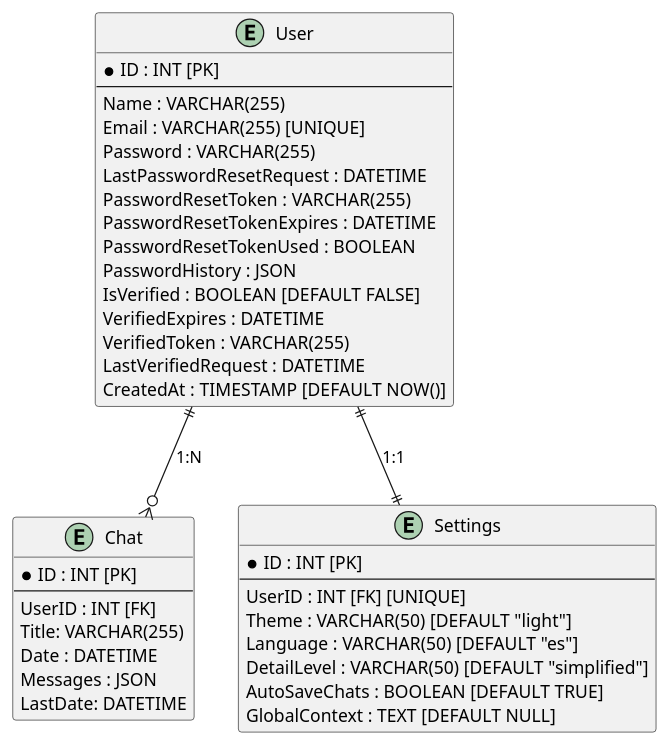
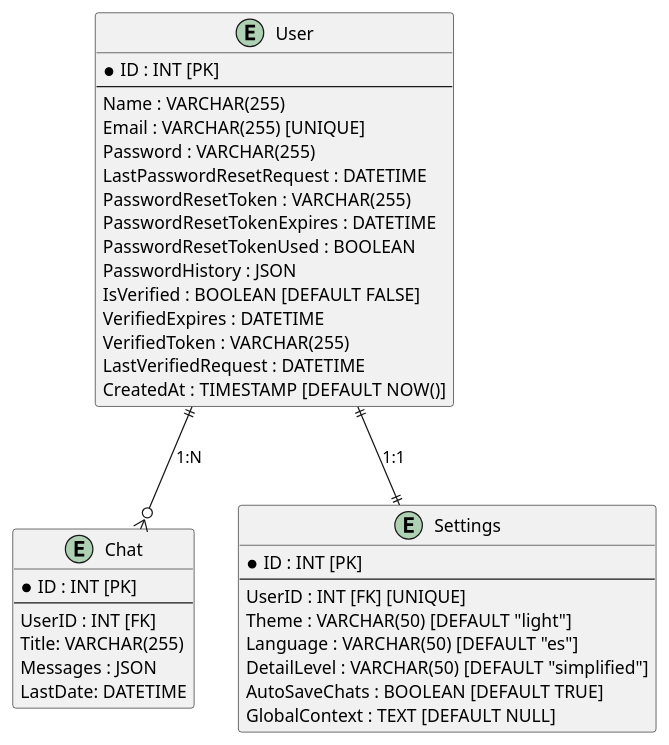
The diagram in relationship_model/relationship_diagram.puml (josepablo98/techie), drawn with PlantUML before and after one commit. The commit also changed 4 other files, not shown here.

```diff
--- a/relationship_model/relationship_diagram.puml
+++ b/relationship_model/relationship_diagram.puml
@@ -1,43 +1,42 @@
 @startuml
 entity "User" as U {
     * ID : INT [PK]
     --
     Name : VARCHAR(255)
     Email : VARCHAR(255) [UNIQUE]
     Password : VARCHAR(255)
     LastPasswordResetRequest : DATETIME
     PasswordResetToken : VARCHAR(255)
     PasswordResetTokenExpires : DATETIME
     PasswordResetTokenUsed : BOOLEAN
     PasswordHistory : JSON
     IsVerified : BOOLEAN [DEFAULT FALSE]
     VerifiedExpires : DATETIME
     VerifiedToken : VARCHAR(255)
     LastVerifiedRequest : DATETIME
     CreatedAt : TIMESTAMP [DEFAULT NOW()]
 }
 
 entity "Chat" as C {
     * ID : INT [PK]
     --
     UserID : INT [FK]
     Title: VARCHAR(255)
-    Date : DATETIME
     Messages : JSON
     LastDate: DATETIME
 }
 
 entity "Settings" as S {
     * ID : INT [PK]
     --
     UserID : INT [FK] [UNIQUE]
     Theme : VARCHAR(50) [DEFAULT "light"]
     Language : VARCHAR(50) [DEFAULT "es"]
     DetailLevel : VARCHAR(50) [DEFAULT "simplified"]
     AutoSaveChats : BOOLEAN [DEFAULT TRUE]
     GlobalContext : TEXT [DEFAULT NULL]
 }
 
 U ||--o{ C : "1:N"
 U ||--|| S : "1:1"
 @enduml
```
